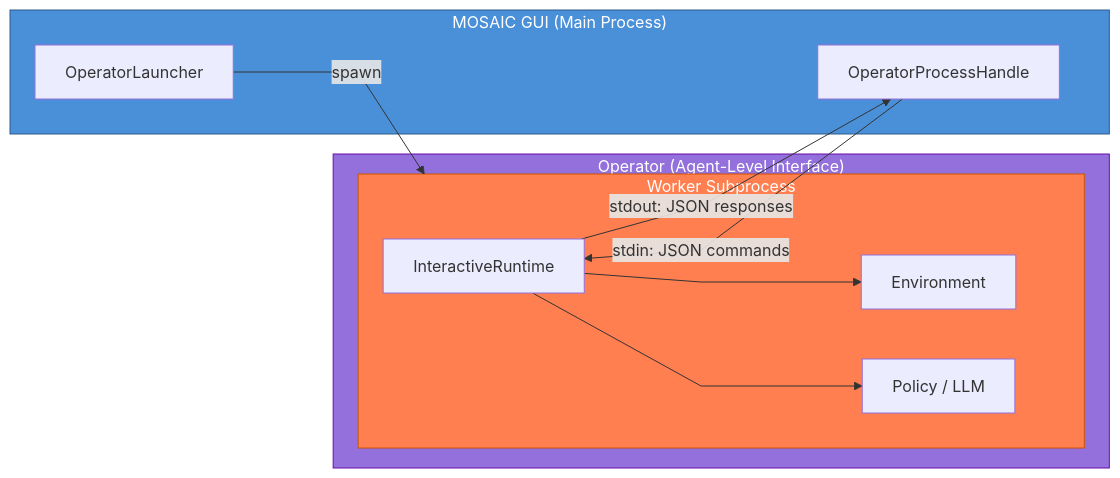
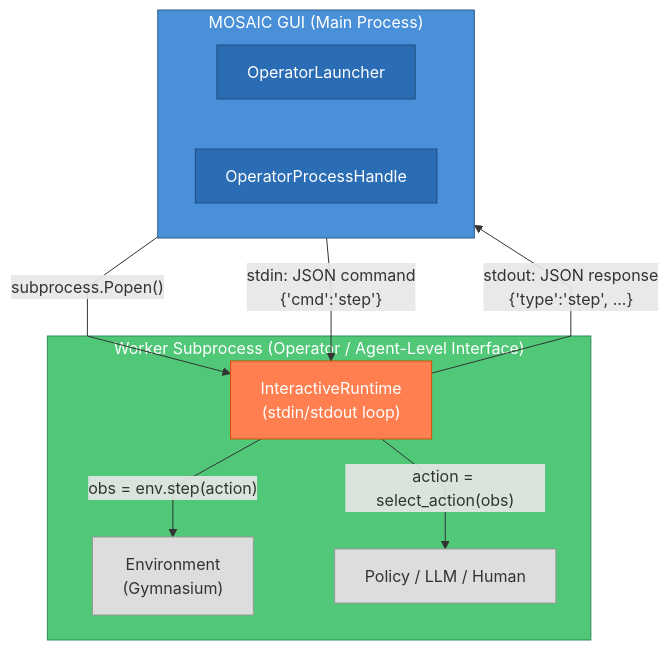
Before and after one commit to Abdulhamid97Mousa/mosaic: the first of 4 diagrams in docs/source/documents/architecture/operators/architecture.rst, drawn with Mermaid. The commit also changed 32 other files, not shown here.

First line of the commit message:
docs: replace hybrid with heterogeneous, add chess video, improve IPC diagram

```diff
--- a/docs/source/documents/architecture/operators/architecture.rst
+++ b/docs/source/documents/architecture/operators/architecture.rst
@@ -51,26 +51,29 @@
 .. mermaid::
 
    %%{init: {"flowchart": {"curve": "linear"}} }%%
-   graph LR
-       subgraph GUI["MOSAIC GUI (Main Process)"]
+   graph TB
+       subgraph GUI["MOSAIC GUI  (Main Process)"]
+           direction LR
            LAUNCHER["OperatorLauncher"]
            HANDLE["OperatorProcessHandle"]
        end
 
-       subgraph OP["Operator (Agent-Level Interface)"]
-           subgraph WORKER["Worker Subprocess"]
-               RUNTIME["InteractiveRuntime"]
-               ENV["Environment"]
-               POLICY["Policy / LLM"]
-           end
+       LAUNCHER -- "subprocess.Popen()" --> RUNTIME
+       HANDLE -- "stdin: JSON command<br/>{'cmd':'step'}" --> RUNTIME
+       RUNTIME -- "stdout: JSON response<br/>{'type':'step', ...}" --> HANDLE
+
+       subgraph WORKER["Worker Subprocess  (Operator / Agent-Level Interface)"]
+           RUNTIME["InteractiveRuntime<br/>(stdin/stdout loop)"]
+           ENV["Environment<br/>(Gymnasium)"]
+           POLICY["Policy / LLM / Human"]
+           RUNTIME -- "obs = env.step(action)" --> ENV
+           RUNTIME -- "action = select_action(obs)" --> POLICY
        end
 
-       LAUNCHER -->|"spawn"| WORKER
-       HANDLE -->|"stdin: JSON commands"| RUNTIME
-       RUNTIME -->|"stdout: JSON responses"| HANDLE
-       RUNTIME --> ENV
-       RUNTIME --> POLICY
-
        style GUI fill:#4a90d9,stroke:#2e5a87,color:#fff
-       style OP fill:#9370db,stroke:#6a0dad,color:#fff
-       style WORKER fill:#ff7f50,stroke:#cc5500,color:#fff
+       style WORKER fill:#50c878,stroke:#2e8b57,color:#fff
+       style LAUNCHER fill:#2a6db5,stroke:#1a4d80,color:#fff
+       style HANDLE fill:#2a6db5,stroke:#1a4d80,color:#fff
+       style RUNTIME fill:#ff7f50,stroke:#cc5500,color:#fff
+       style ENV fill:#ddd,stroke:#999,color:#333
+       style POLICY fill:#ddd,stroke:#999,color:#333
```
